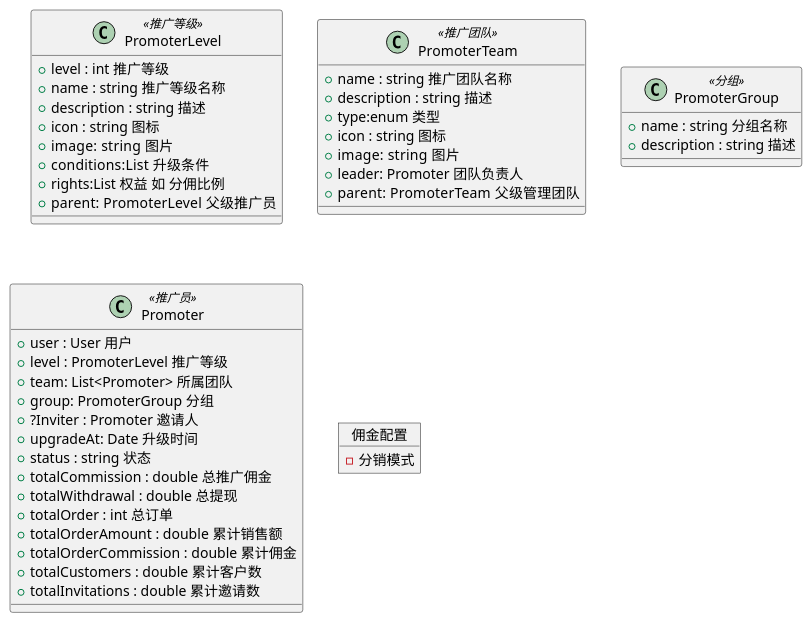
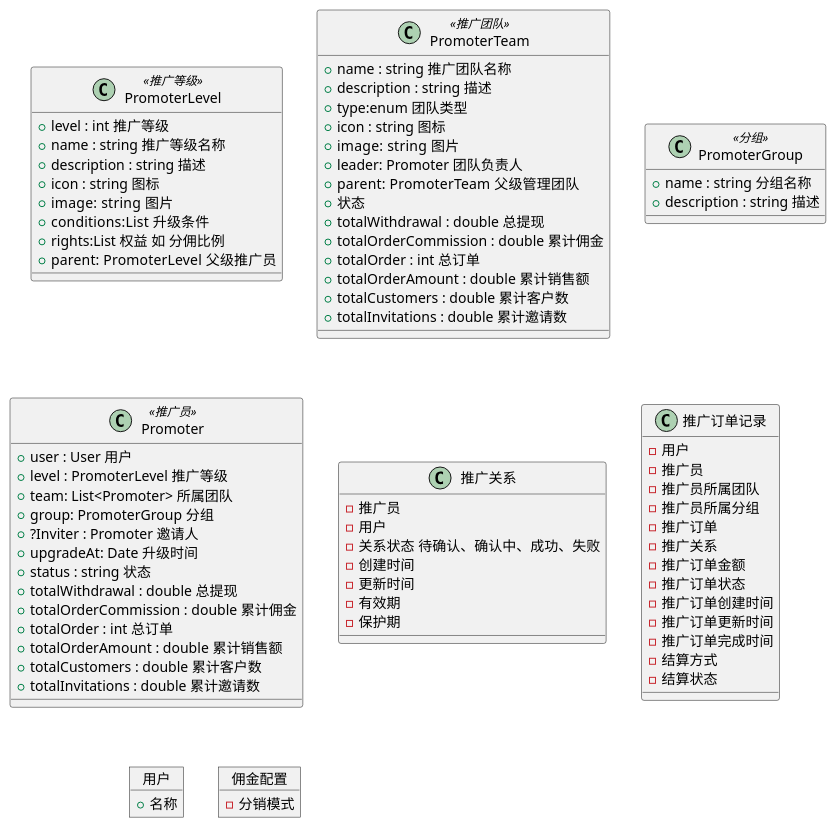
One commit to red-jasmine/framework changed the diagram in docs/distribution/distribution.puml. Above: the diagram before and after it, drawn with PlantUML.

Commit message:
feat(docs): 更新分销文档以包含更多详细信息
- 在 PromoterTeam 类中添加了更多属性，包括团队名称、描述、图标、图片等
- 在 PromoterGroup 类中添加了升级时间、状态等新属性
- 新增了推广关系和推广订单记录类，以更详细地描述分销系统的工作方式
- 添加了用户对象的基本属性
- 调整了佣金配置对象的结构，为后续添加更多配置项做准备

```diff
--- a/docs/distribution/distribution.puml
+++ b/docs/distribution/distribution.puml
@@ -1,56 +1,91 @@
 @startuml
 'https://plantuml.com/class-diagram
 
 
 class PromoterLevel<<推广等级>> {
 +level : int 推广等级
 +name : string 推广等级名称
 +description : string 描述
 +icon : string 图标
 +image:  string 图片
 +conditions:List  升级条件
 +rights:List 权益 如 分佣比例
 +parent:  PromoterLevel 父级推广员
 }
 class PromoterTeam<<推广团队>>{
 +name : string 推广团队名称
 +description : string 描述
-+type:enum 类型
++type:enum 团队类型
 +icon : string 图标
 +image:  string 图片
 +leader: Promoter 团队负责人
 + parent:  PromoterTeam 父级管理团队
++ 状态
++ totalWithdrawal : double 总提现
++ totalOrderCommission : double 累计佣金
++ totalOrder : int 总订单
++ totalOrderAmount : double 累计销售额
++ totalCustomers : double 累计客户数
++ totalInvitations : double 累计邀请数
 }
 
 class PromoterGroup<<分组>>{
 +name : string 分组名称
 + description : string 描述
 }
 
 class Promoter<<推广员>> {
 + user : User 用户
 + level : PromoterLevel 推广等级
 + team: List<Promoter> 所属团队
 + group: PromoterGroup 分组
 + ?Inviter : Promoter 邀请人
 + upgradeAt: Date 升级时间
 + status : string 状态
-+ totalCommission : double 总推广佣金
 + totalWithdrawal : double 总提现
++ totalOrderCommission : double 累计佣金
 + totalOrder : int 总订单
 + totalOrderAmount : double 累计销售额
-+ totalOrderCommission : double 累计佣金
 + totalCustomers : double 累计客户数
 + totalInvitations : double 累计邀请数
 }
 
 
+class 推广关系{
+- 推广员
+- 用户
+- 关系状态 待确认、确认中、成功、失败
+- 创建时间
+- 更新时间
+- 有效期
+- 保护期
+}
+
+class  推广订单记录{
+- 用户
+- 推广员
+- 推广员所属团队
+- 推广员所属分组
+- 推广订单
+- 推广关系
+- 推广订单金额
+- 推广订单状态
+- 推广订单创建时间
+- 推广订单更新时间
+- 推广订单完成时间
+- 结算方式
+- 结算状态
+}
+
+
+object 用户{
+ +名称
+}
+
 
 object 佣金配置{
-
 - 分销模式
-
 
 }
 
 @enduml
```
